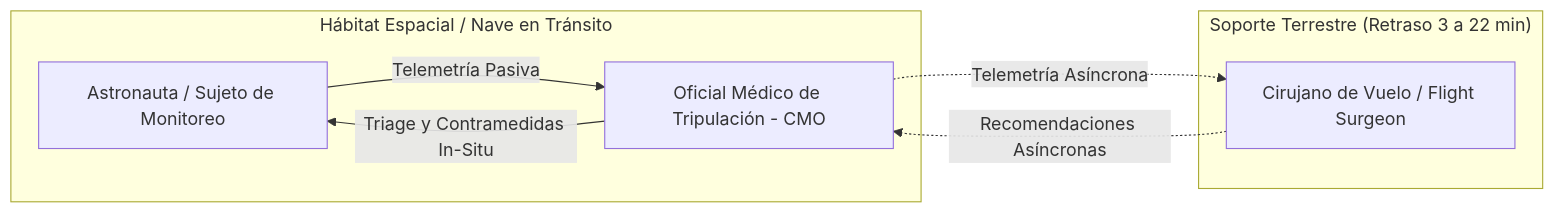
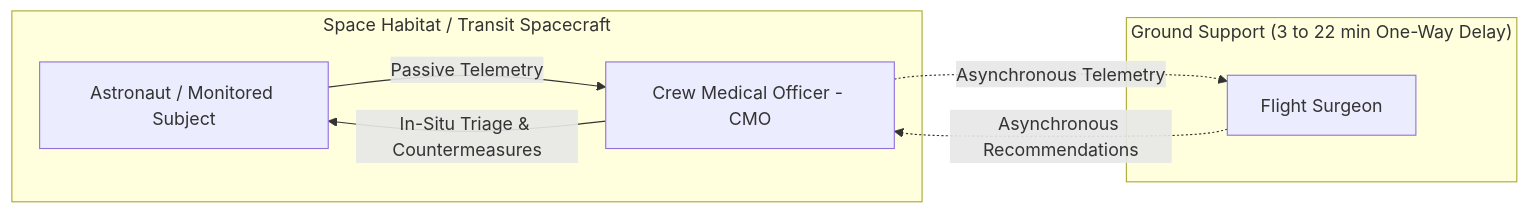
One commit to angelcontres/ASTHA-SpaceApps changed the first of 2 diagrams in docs/DOCUMENTO_DOMINIO_Y_PROBLEMATICA_ESPACIAL.md. Above: the diagram before and after it, drawn with Mermaid. The commit also changed other lines of this file and 46 other files, not shown here.

````diff
--- a/docs/DOCUMENTO_DOMINIO_Y_PROBLEMATICA_ESPACIAL.md
+++ b/docs/DOCUMENTO_DOMINIO_Y_PROBLEMATICA_ESPACIAL.md
@@ -28,11 +28,11 @@
 ```mermaid
 flowchart LR
-    subgraph SpaceHabitat["Hábitat Espacial / Nave en Tránsito"]
-        A[Astronauta / Sujeto de Monitoreo] -->|Telemetría Pasiva| B[Oficial Médico de Tripulación - CMO]
-        B -->|Triage y Contramedidas In-Situ| A
+    subgraph SpaceHabitat["Space Habitat / Transit Spacecraft"]
+        A["Astronaut / Monitored Subject"] -->|Passive Telemetry| B["Crew Medical Officer - CMO"]
+        B -->|In-Situ Triage & Countermeasures| A
     end
-    subgraph EarthGround["Soporte Terrestre (Retraso 3 a 22 min)"]
-        B -.->|Telemetría Asíncrona| C[Cirujano de Vuelo / Flight Surgeon]
-        C -.->|Recomendaciones Asíncronas| B
+    subgraph EarthGround["Ground Support (3 to 22 min One-Way Delay)"]
+        B -.->|Asynchronous Telemetry| C["Flight Surgeon"]
+        C -.->|Asynchronous Recommendations| B
     end
 ```
````
